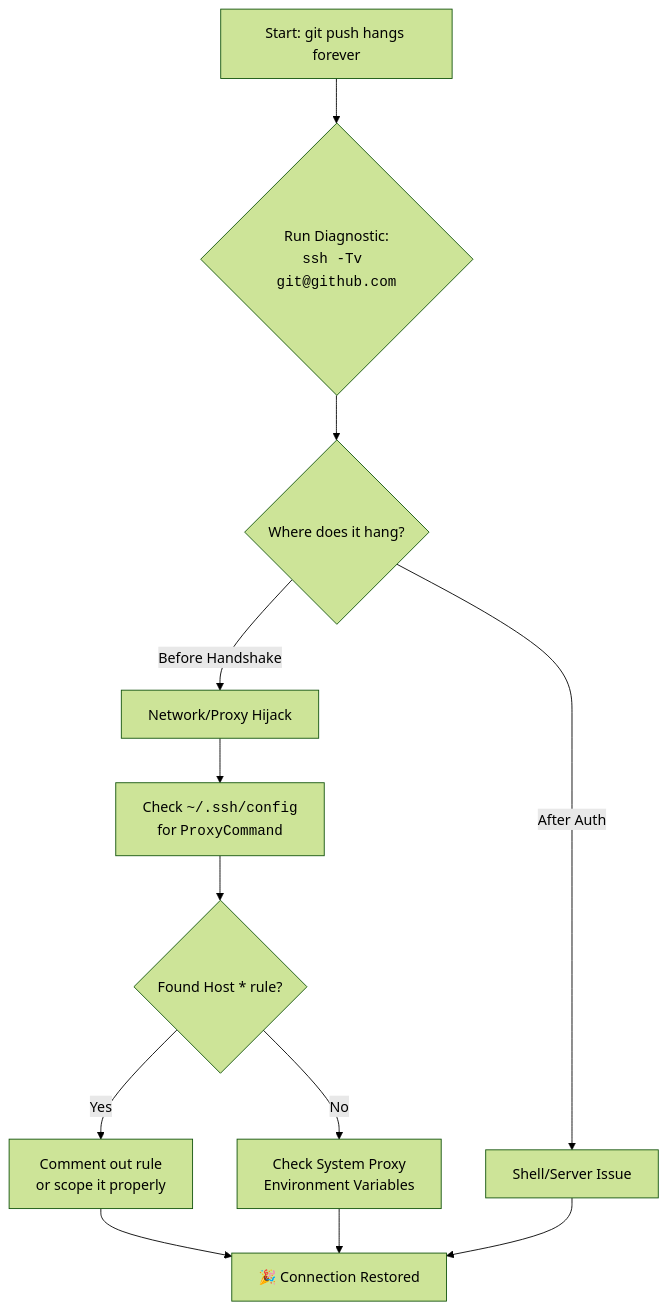
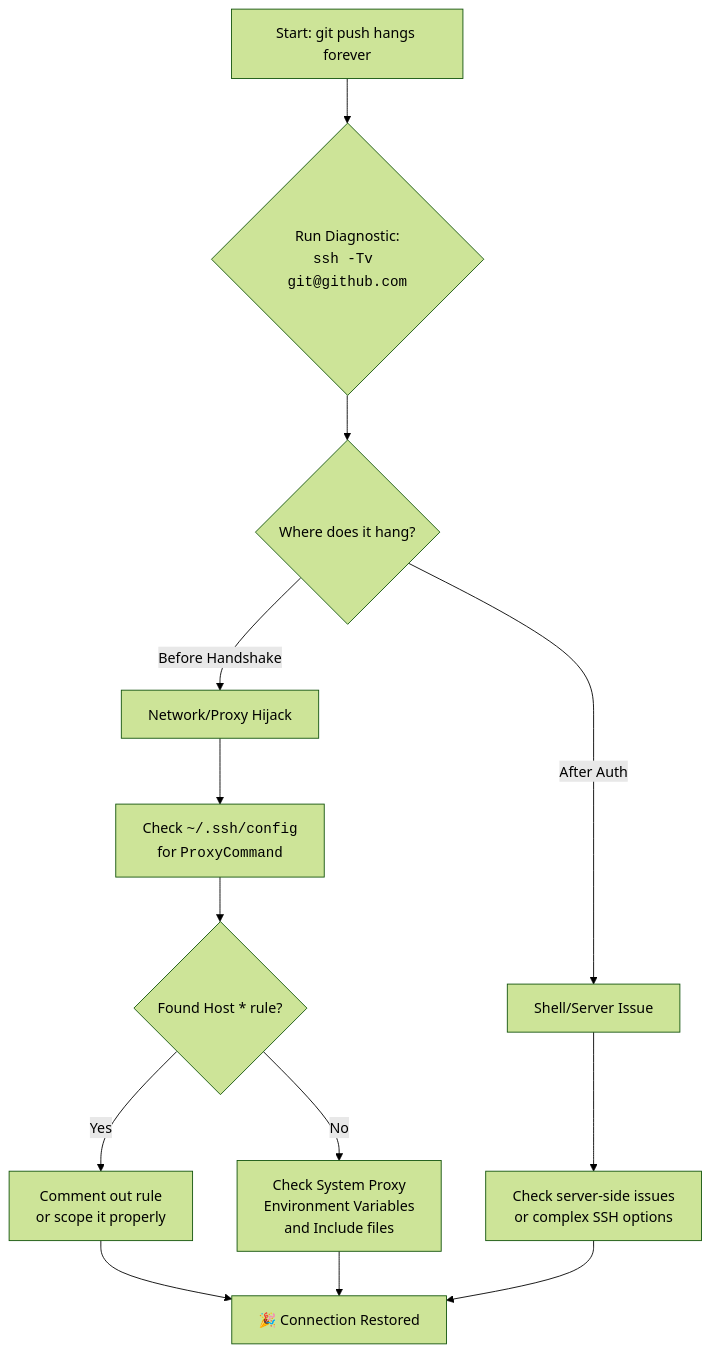
One commit to htghuzaifa2/huzi.pk-web-v2 changed the diagram in src/data/blogs/posts/tech/git-push-hangs-ssh-proxy-fix.md. Above: the diagram before and after it, drawn with Mermaid (forest theme). The commit also changed other lines of this file and 488 other files, not shown here.

````diff
--- a/src/data/blogs/posts/tech/git-push-hangs-ssh-proxy-fix.md
+++ b/src/data/blogs/posts/tech/git-push-hangs-ssh-proxy-fix.md
@@ -61,19 +125,20 @@
 ```mermaid
 flowchart TD
     A[Start: git push hangs forever] --> B{Run Diagnostic:<br><code>ssh -Tv git@github.com</code>}
     
     B --> C{Where does it hang?}
     
     C -- "Before Handshake" --> D[Network/Proxy Hijack]
     C -- "After Auth" --> E[Shell/Server Issue]
     
     D --> F[Check <code>~/.ssh/config</code><br>for <code>ProxyCommand</code>]
     F --> G{Found Host * rule?}
     
     G -- Yes --> H[Comment out rule<br>or scope it properly]
-    G -- No --> I[Check System Proxy<br>Environment Variables]
+    G -- No --> I[Check System Proxy<br>Environment Variables<br>and Include files]
     
     H --> J[🎉 Connection Restored]
     I --> J
-    E --> J
+    E --> K[Check server-side issues<br>or complex SSH options]
+    K --> J
 ```
````
